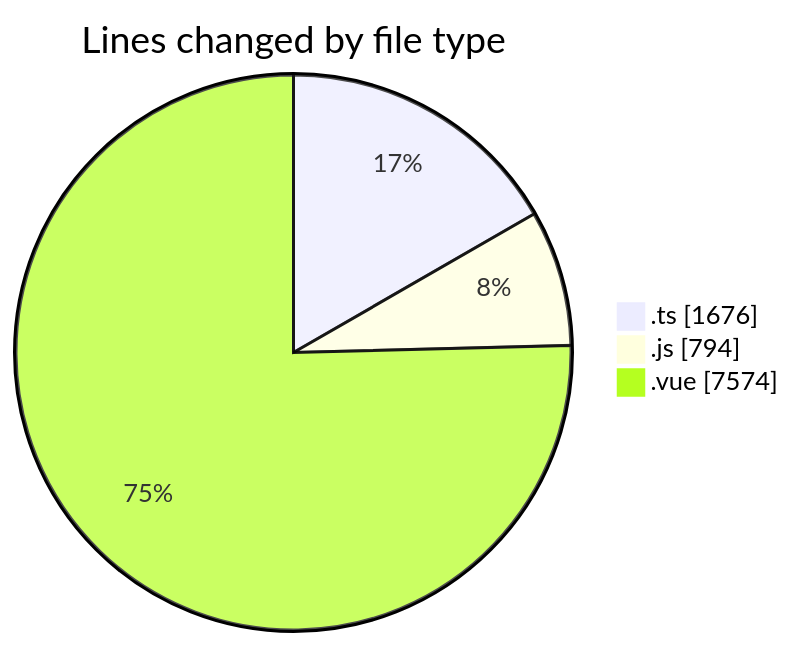
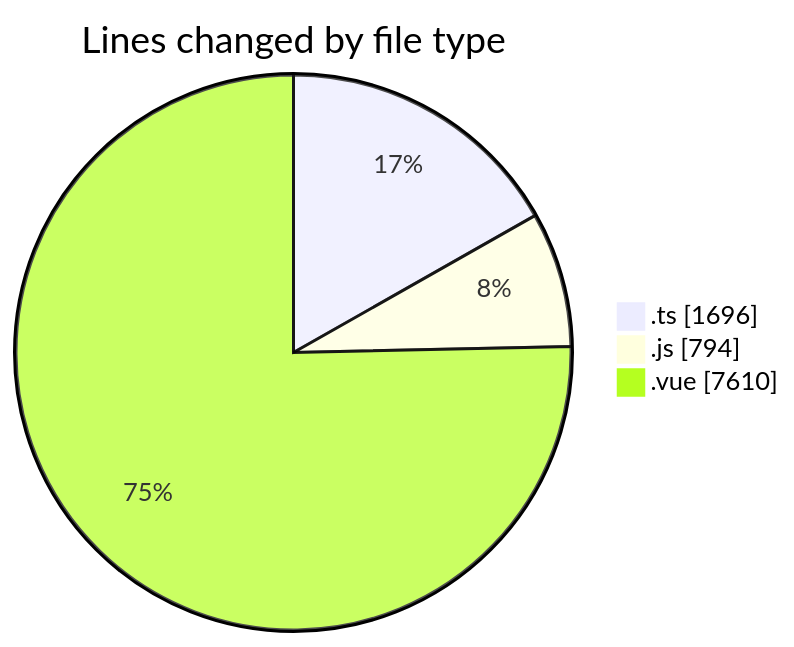
One commit to lephambinh05/code-tracking changed the first of 2 diagrams in 2025-08-16/rentotp/README.md. Above: the diagram before and after it, drawn with Mermaid. The commit also changed other lines of this file and 1 other file, not shown here.

````diff
--- a/2025-08-16/rentotp/README.md
+++ b/2025-08-16/rentotp/README.md
@@ -45,7 +46,7 @@
 ```mermaid
 pie showData
 title Lines changed by file type
-".ts" : 1676
+".ts" : 1696
 ".js" : 794
-".vue" : 7574
+".vue" : 7610
 ```
````
